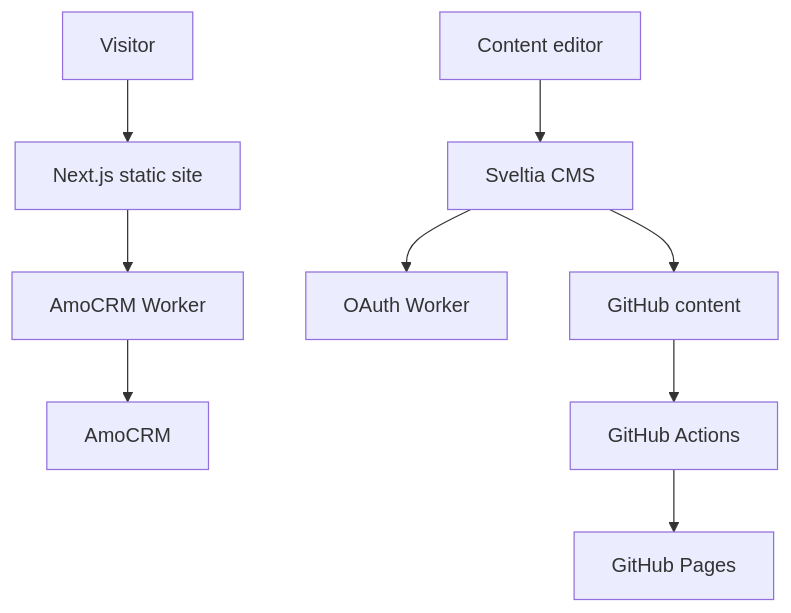
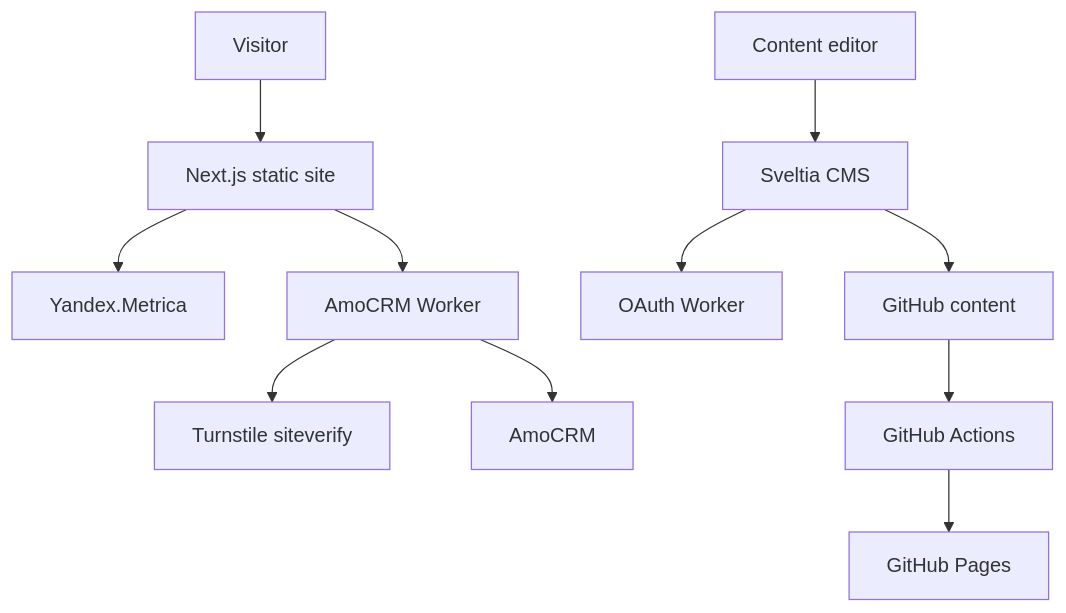
One commit to Kaliguri/Posleslovie changed the diagram in README.md. Above: the diagram before and after it, drawn with Mermaid. The commit also changed other lines of this file, not shown here.

Commit message:
docs(readme): document Yandex.Metrica/Webmaster, Turnstile, consent, env validation

````diff
--- a/README.md
+++ b/README.md
@@ -214,12 +250,14 @@
 ```mermaid
 flowchart TD
   User[Visitor] --> Site[Next.js static site]
+  Site --> Metrica[Yandex.Metrica]
   Site --> AmoWorker[AmoCRM Worker]
+  AmoWorker --> Turnstile[Turnstile siteverify]
   AmoWorker --> AmoCRM[AmoCRM]
 
   Admin[Content editor] --> CMS[Sveltia CMS]
   CMS --> OAuth[OAuth Worker]
   CMS --> GitHub[GitHub content]
   GitHub --> Actions[GitHub Actions]
   Actions --> Pages[GitHub Pages]
 ```
````
